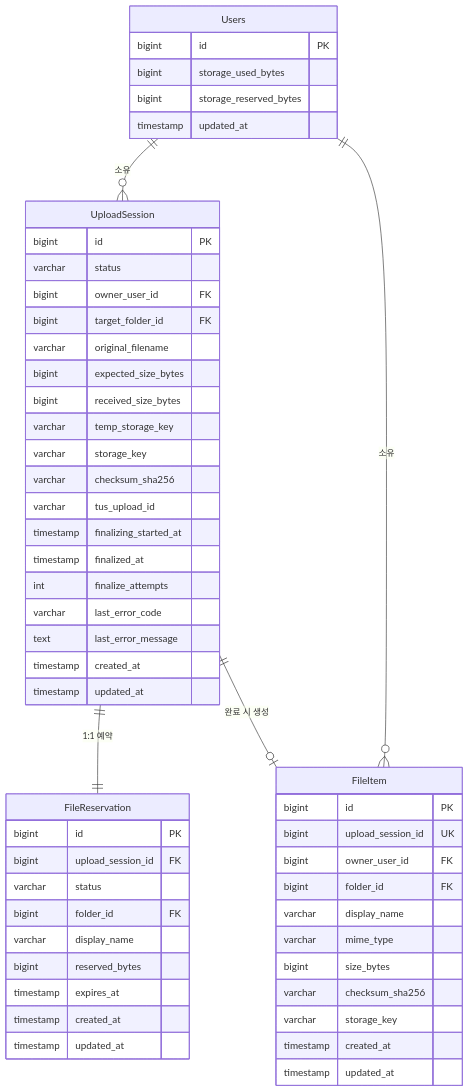
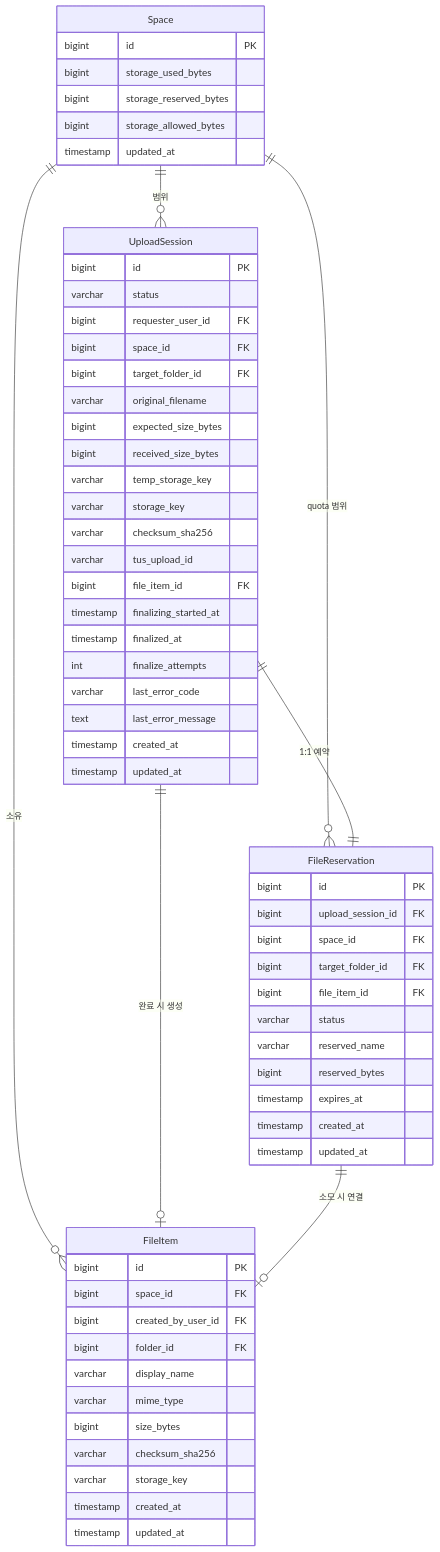
The first of 12 diagrams in docs/설계/전략/finalize 중복 방지 락 전략.md (Cloud-Sharp/docs), drawn with Mermaid before and after one commit. The commit also changed other lines of this file and 5 other files, not shown here.

Commit message:
Align docs with Space-based upload and finalize model

````diff
--- a/docs/설계/전략/finalize 중복 방지 락 전략.md
+++ b/docs/설계/전략/finalize 중복 방지 락 전략.md
@@ -21,57 +21,64 @@
 ```mermaid
 erDiagram
+    Space ||--o{ UploadSession : "범위"
+    Space ||--o{ FileReservation : "quota 범위"
+    Space ||--o{ FileItem : "소유"
     UploadSession ||--|| FileReservation : "1:1 예약"
     UploadSession ||--o| FileItem : "완료 시 생성"
+    FileReservation ||--o| FileItem : "소모 시 연결"
+    Space {
+        bigint id PK
+        bigint storage_used_bytes
+        bigint storage_reserved_bytes
+        bigint storage_allowed_bytes
+        timestamp updated_at
+    }
     UploadSession {
         bigint id PK
         varchar status
-        bigint owner_user_id FK
+        bigint requester_user_id FK
+        bigint space_id FK
         bigint target_folder_id FK
         varchar original_filename
         bigint expected_size_bytes
         bigint received_size_bytes
         varchar temp_storage_key
         varchar storage_key
         varchar checksum_sha256
         varchar tus_upload_id
+        bigint file_item_id FK
         timestamp finalizing_started_at
         timestamp finalized_at
         int finalize_attempts
         varchar last_error_code
         text last_error_message
         timestamp created_at
         timestamp updated_at
     }
     FileReservation {
         bigint id PK
         bigint upload_session_id FK
+        bigint space_id FK
+        bigint target_folder_id FK
+        bigint file_item_id FK
         varchar status
-        bigint folder_id FK
-        varchar display_name
+        varchar reserved_name
         bigint reserved_bytes
         timestamp expires_at
         timestamp created_at
         timestamp updated_at
     }
     FileItem {
         bigint id PK
-        bigint upload_session_id UK
-        bigint owner_user_id FK
+        bigint space_id FK
+        bigint created_by_user_id FK
         bigint folder_id FK
         varchar display_name
         varchar mime_type
         bigint size_bytes
         varchar checksum_sha256
         varchar storage_key
         timestamp created_at
         timestamp updated_at
     }
-    Users {
-        bigint id PK
-        bigint storage_used_bytes
-        bigint storage_reserved_bytes
-        timestamp updated_at
-    }
-    Users ||--o{ UploadSession : "소유"
-    Users ||--o{ FileItem : "소유"
 ```
````
